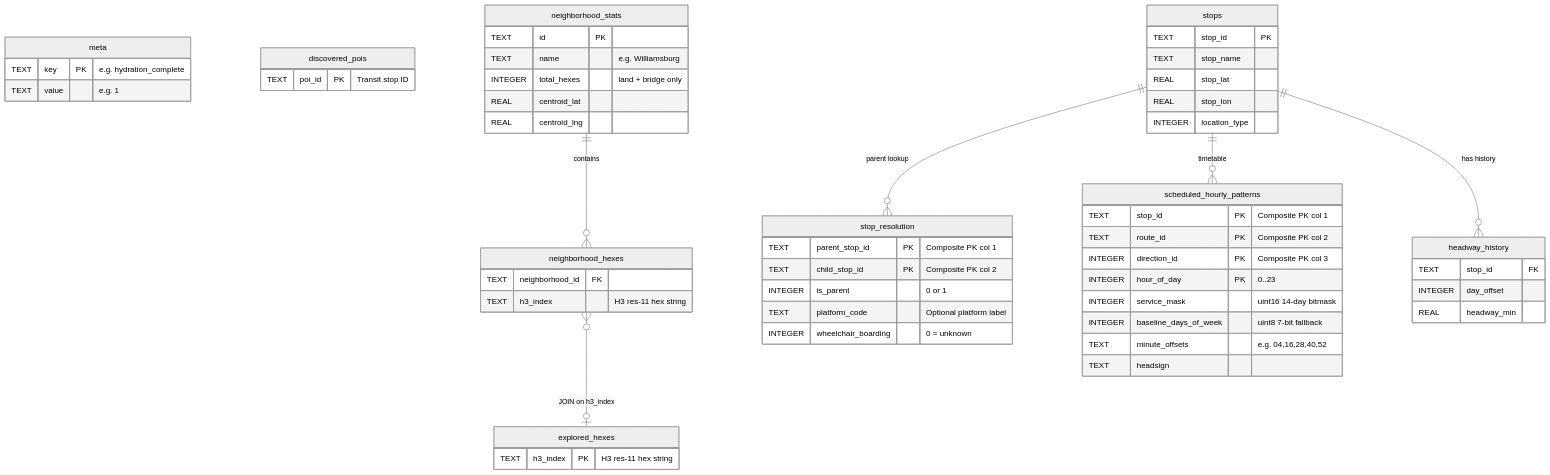
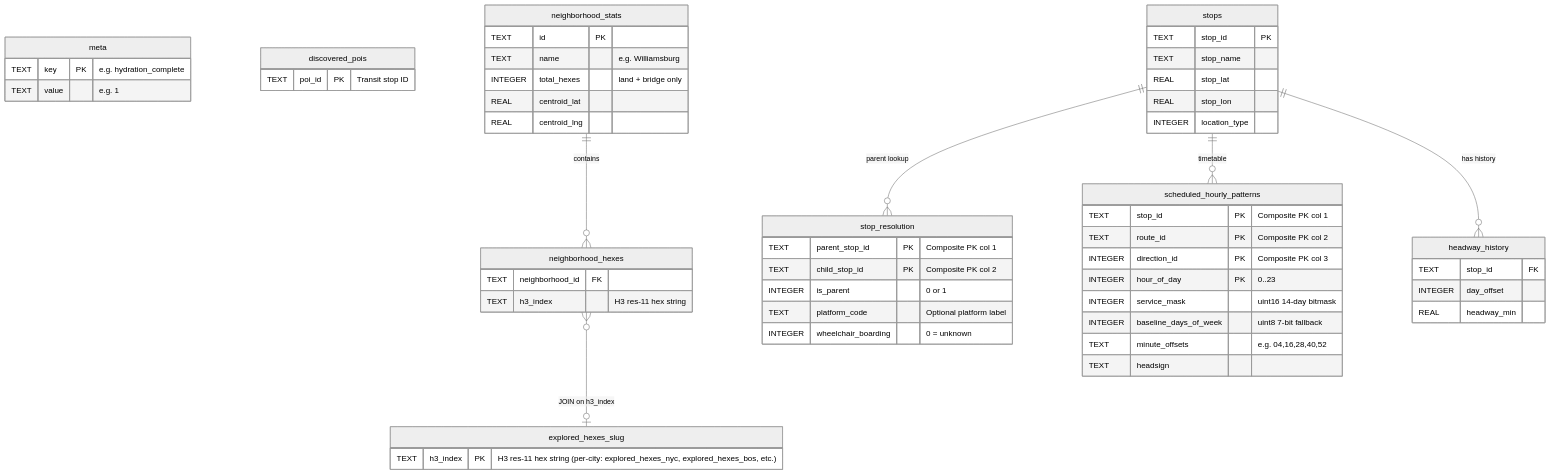
One commit to walshkang/derivee changed the fourth of 9 diagrams in docs/diagrams.md. Above: the diagram before and after it, drawn with Mermaid (neutral theme). The commit also changed other lines of this file and 5 other files, not shown here.

First line of the commit message:
docs: synchronize architecture, design, and diagrams with shipped native app & Wave N research

````diff
--- a/docs/diagrams.md
+++ b/docs/diagrams.md
@@ -542,67 +543,67 @@
 ```mermaid
 erDiagram
-    explored_hexes {
-        TEXT h3_index PK "H3 res-11 hex string"
+    explored_hexes_slug {
+        TEXT h3_index PK "H3 res-11 hex string (per-city: explored_hexes_nyc, explored_hexes_bos, etc.)"
     }
 
     meta {
         TEXT key PK "e.g. hydration_complete"
         TEXT value "e.g. 1"
     }
 
     discovered_pois {
         TEXT poi_id PK "Transit stop ID"
     }
 
     neighborhood_stats {
         TEXT id PK
         TEXT name "e.g. Williamsburg"
         INTEGER total_hexes "land + bridge only"
         REAL centroid_lat
         REAL centroid_lng
     }
 
     neighborhood_hexes {
         TEXT neighborhood_id FK
         TEXT h3_index "H3 res-11 hex string"
     }
 
     stops {
         TEXT stop_id PK
         TEXT stop_name
         REAL stop_lat
         REAL stop_lon
         INTEGER location_type
     }
 
     stop_resolution {
         TEXT parent_stop_id PK "Composite PK col 1"
         TEXT child_stop_id PK "Composite PK col 2"
         INTEGER is_parent "0 or 1"
         TEXT platform_code "Optional platform label"
         INTEGER wheelchair_boarding "0 = unknown"
     }
 
     scheduled_hourly_patterns {
         TEXT stop_id PK "Composite PK col 1"
         TEXT route_id PK "Composite PK col 2"
         INTEGER direction_id PK "Composite PK col 3"
         INTEGER hour_of_day PK "0..23"
         INTEGER service_mask "uint16 14-day bitmask"
         INTEGER baseline_days_of_week "uint8 7-bit fallback"
         TEXT minute_offsets "e.g. 04,16,28,40,52"
         TEXT headsign
     }
 
     headway_history {
         TEXT stop_id FK
         INTEGER day_offset
         REAL headway_min
     }
 
     neighborhood_stats ||--o{ neighborhood_hexes : "contains"
-    neighborhood_hexes }o--o| explored_hexes : "JOIN on h3_index"
+    neighborhood_hexes }o--o| explored_hexes_slug : "JOIN on h3_index"
     stops ||--o{ headway_history : "has history"
     stops ||--o{ stop_resolution : "parent lookup"
     stops ||--o{ scheduled_hourly_patterns : "timetable"
 ```
````
